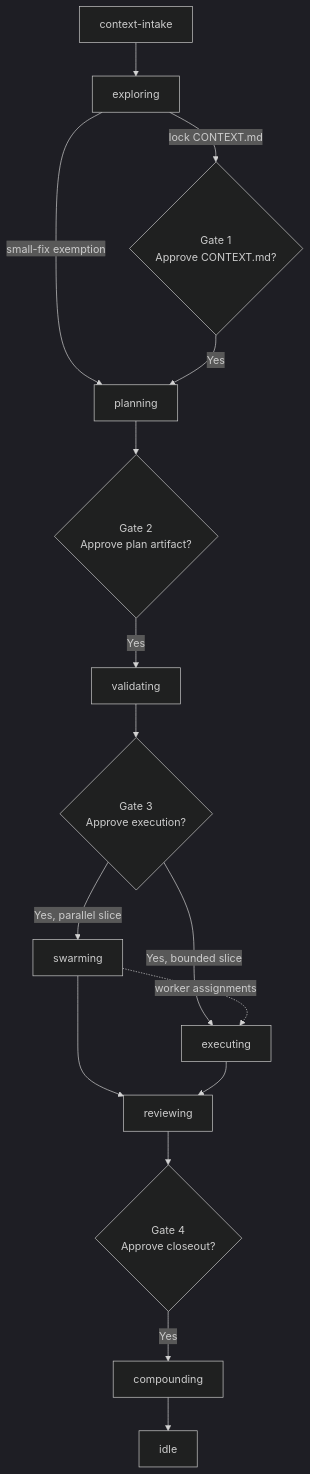
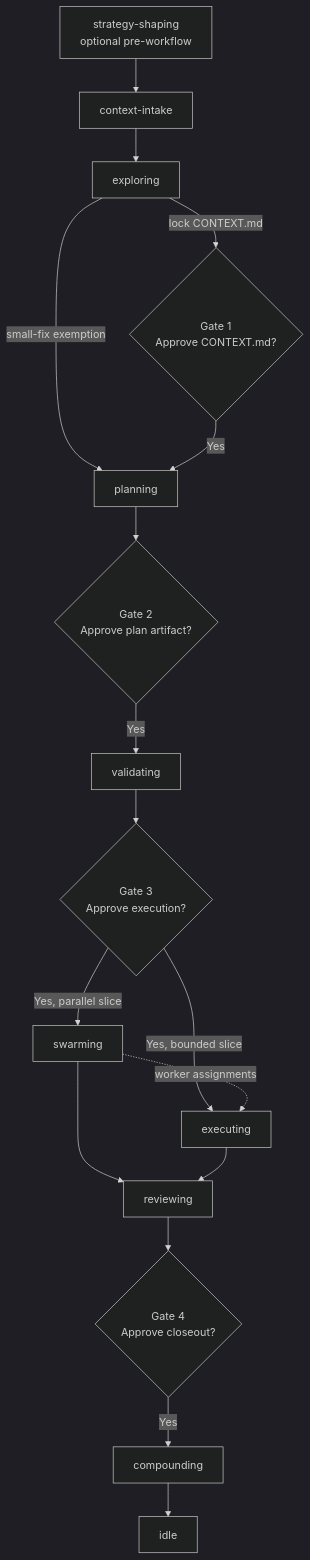
Before and after one commit to Huy-04/beer-skills: the diagram in skills/workflow/feature/using-beer/SKILL.md, drawn with Mermaid (dark theme). The commit also changed other lines of this file and 15 other files, not shown here.

````diff
--- a/skills/workflow/feature/using-beer/SKILL.md
+++ b/skills/workflow/feature/using-beer/SKILL.md
@@ -184,18 +186,19 @@
 ```mermaid
 flowchart TD
+    ST[strategy-shaping<br/>optional pre-workflow] --> CC
     CC[context-intake] --> EX[exploring]
     EX -->|small-fix exemption| PL[planning]
     EX -->|lock CONTEXT.md| G1{Gate 1<br/>Approve CONTEXT.md?}
     G1 -->|Yes| PL
     PL --> G2{Gate 2<br/>Approve plan artifact?}
     G2 -->|Yes| VA[validating]
     VA --> G3{Gate 3<br/>Approve execution?}
     G3 -->|Yes, parallel slice| SW[swarming]
     G3 -->|Yes, bounded slice| EW[executing]
     SW -. worker assignments .-> EW
     SW --> RV[reviewing]
     EW --> RV[reviewing]
     RV --> G4{Gate 4<br/>Approve closeout?}
     G4 -->|Yes| CO[compounding]
     CO --> IDLE[idle]
 ```
````
